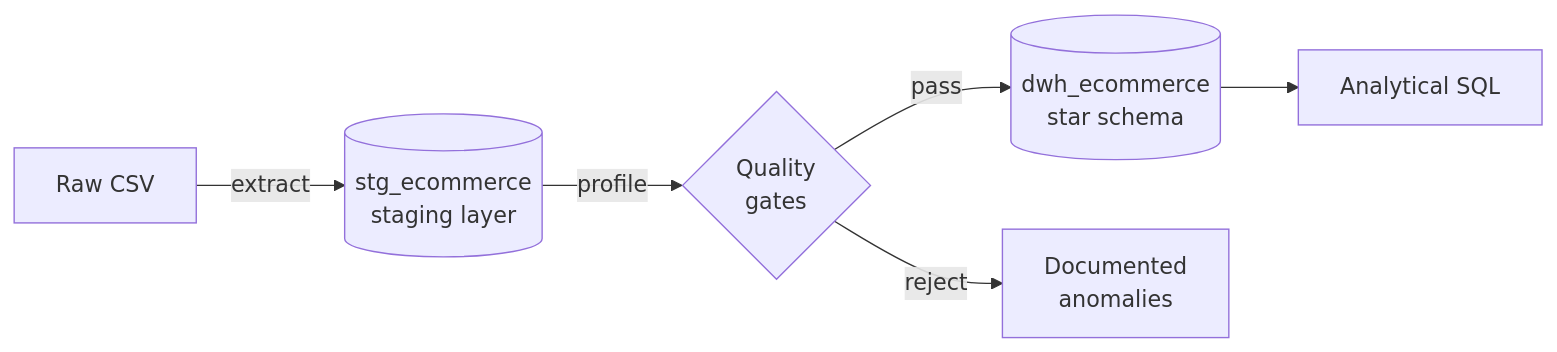
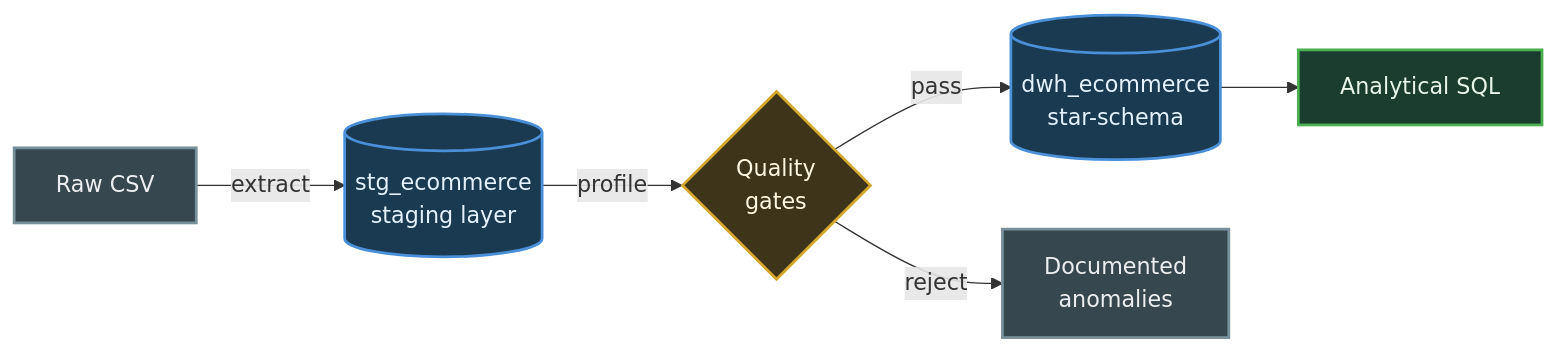
The second of 4 diagrams in README.md (shakilasafaei/ecommerce-datawarehouse), drawn with Mermaid before and after one commit. The commit also changed other lines of this file, not shown here.

````diff
--- a/README.md
+++ b/README.md
@@ -34,8 +39,18 @@
 ```mermaid
 flowchart LR
     CSV["Raw CSV"] -->|extract| STG[("stg_ecommerce<br/>staging layer")]
     STG -->|profile| QC{"Quality<br/>gates"}
-    QC -->|pass| DWH[("dwh_ecommerce<br/>star schema")]
+    QC -->|pass| DWH[("dwh_ecommerce<br/>star-schema")]
     QC -->|reject| LOG["Documented<br/>anomalies"]
     DWH --> SQL["Analytical SQL"]
+
+    classDef raw   fill:#37474f,stroke:#78909c,stroke-width:2px,color:#eceff1
+    classDef store fill:#1a3a52,stroke:#4a90d9,stroke-width:2px,color:#e3f2fd
+    classDef gate  fill:#3d3419,stroke:#d4a72c,stroke-width:2px,color:#fff8e1
+    classDef out   fill:#1b3d2f,stroke:#4caf50,stroke-width:2px,color:#e8f5e9
+
+    class CSV,LOG raw
+    class STG,DWH store
+    class QC gate
+    class SQL out
 ```
````
